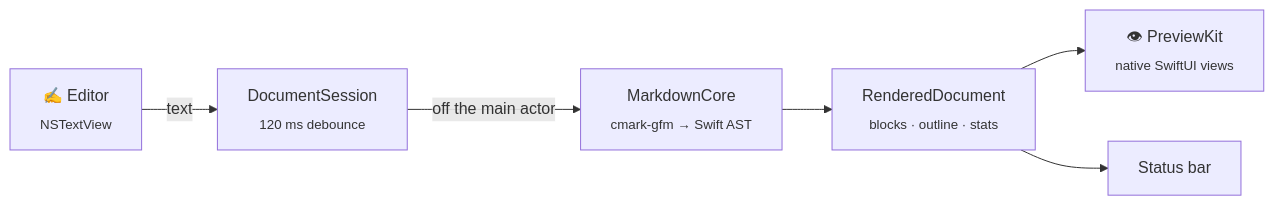
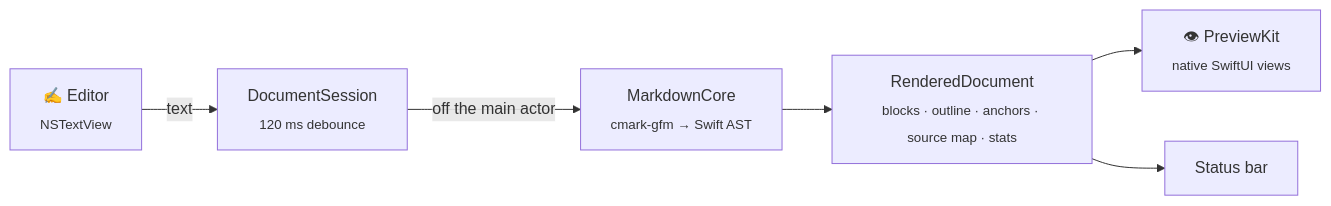
Before and after one commit to kemalmaulana/MDSyndrome: the diagram in README.md, drawn with Mermaid. The commit also changed other lines of this file and 51 other files, not shown here.

````diff
--- a/README.md
+++ b/README.md
@@ -100,8 +100,8 @@
 ```mermaid
 flowchart LR
     E["✍️ Editor<br/><sub>NSTextView</sub>"] -- "text" --> S["DocumentSession<br/><sub>120 ms debounce</sub>"]
     S -- "off the main actor" --> P["MarkdownCore<br/><sub>cmark-gfm → Swift AST</sub>"]
-    P --> R["RenderedDocument<br/><sub>blocks · outline · stats</sub>"]
+    P --> R["RenderedDocument<br/><sub>blocks · outline · anchors · source map · stats</sub>"]
     R --> V["👁 PreviewKit<br/><sub>native SwiftUI views</sub>"]
     R --> B["Status bar"]
 ```
````
